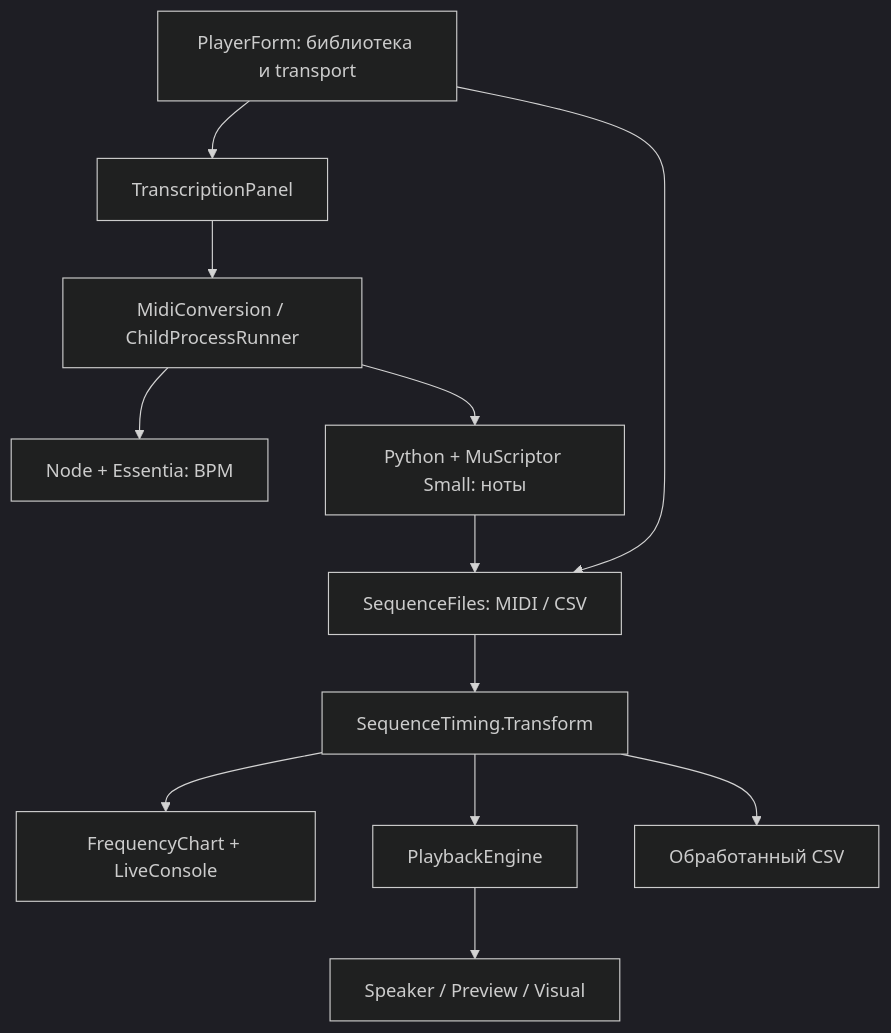
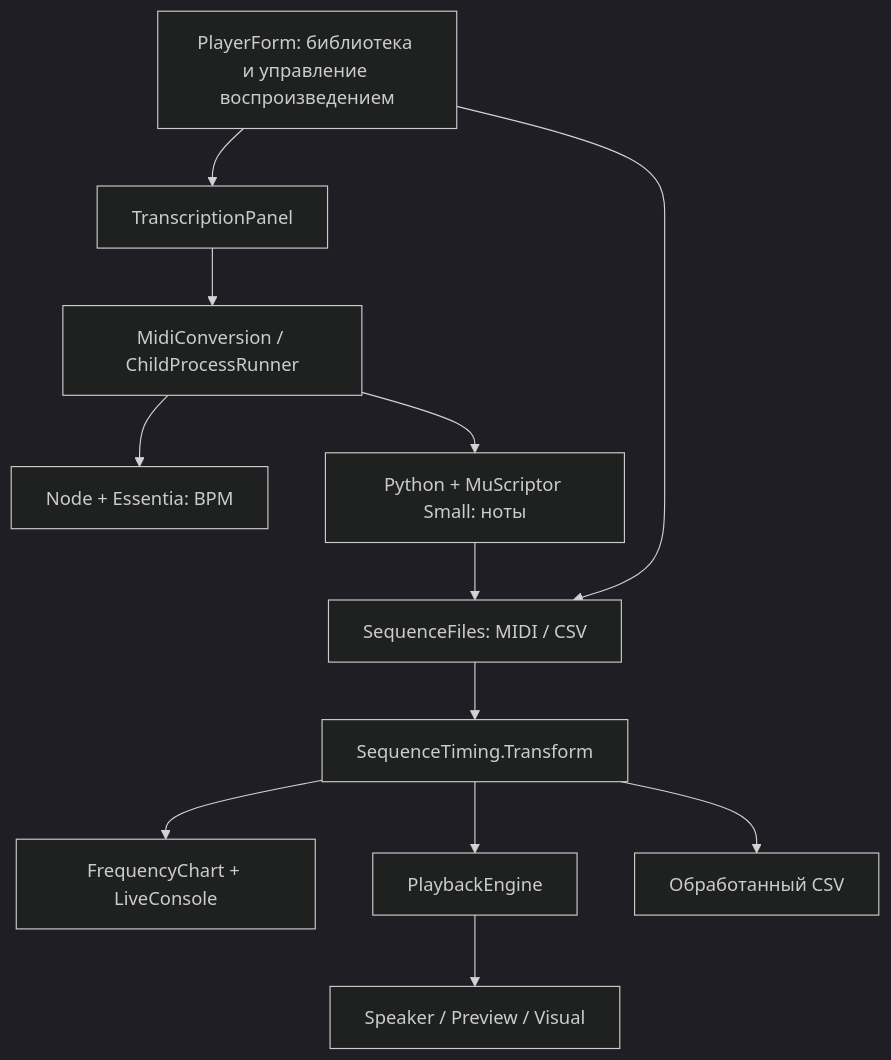
One commit to esinkirill/speaker-studio changed the first of 2 diagrams in docs/ARCHITECTURE.md. Above: the diagram before and after it, drawn with Mermaid (dark theme). The commit also changed other lines of this file and 10 other files, not shown here.

````diff
--- a/docs/ARCHITECTURE.md
+++ b/docs/ARCHITECTURE.md
@@ -9,21 +9,21 @@
 ```mermaid
 flowchart TB
-    UI[PlayerForm: библиотека и transport]
+    UI[PlayerForm: библиотека и управление воспроизведением]
     Audio[TranscriptionPanel]
     Bridge[MidiConversion / ChildProcessRunner]
     Node[Node + Essentia: BPM]
     Python[Python + MuScriptor Small: ноты]
     Files[SequenceFiles: MIDI / CSV]
     Timing[SequenceTiming.Transform]
     Chart[FrequencyChart + LiveConsole]
     Engine[PlaybackEngine]
     Backend[Speaker / Preview / Visual]
     UI --> Audio --> Bridge
     Bridge --> Node
     Bridge --> Python
     Python --> Files
     UI --> Files --> Timing
     Timing --> Chart
     Timing --> Engine --> Backend
     Timing --> CSV[Обработанный CSV]
 ```
````
